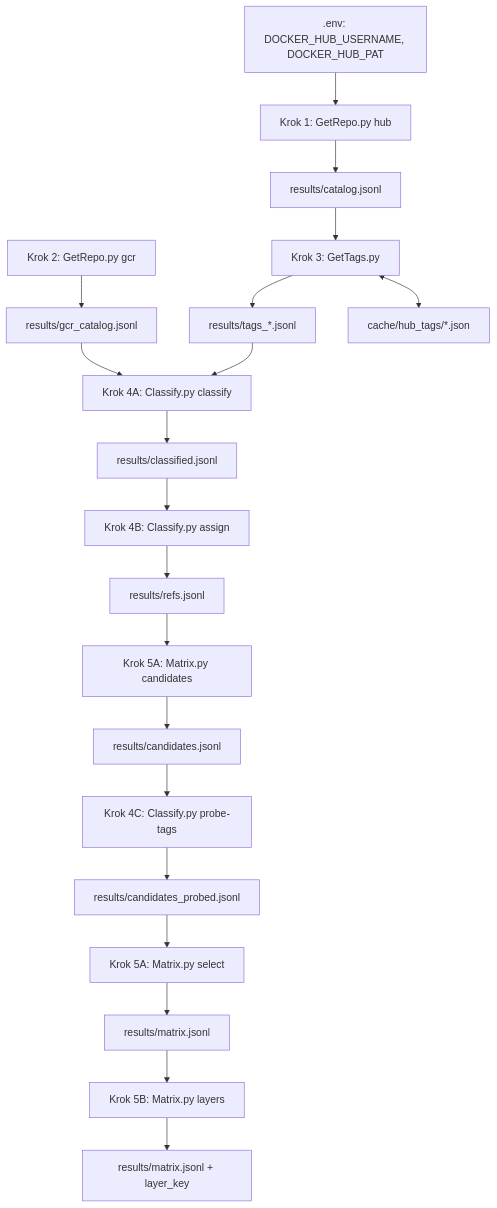
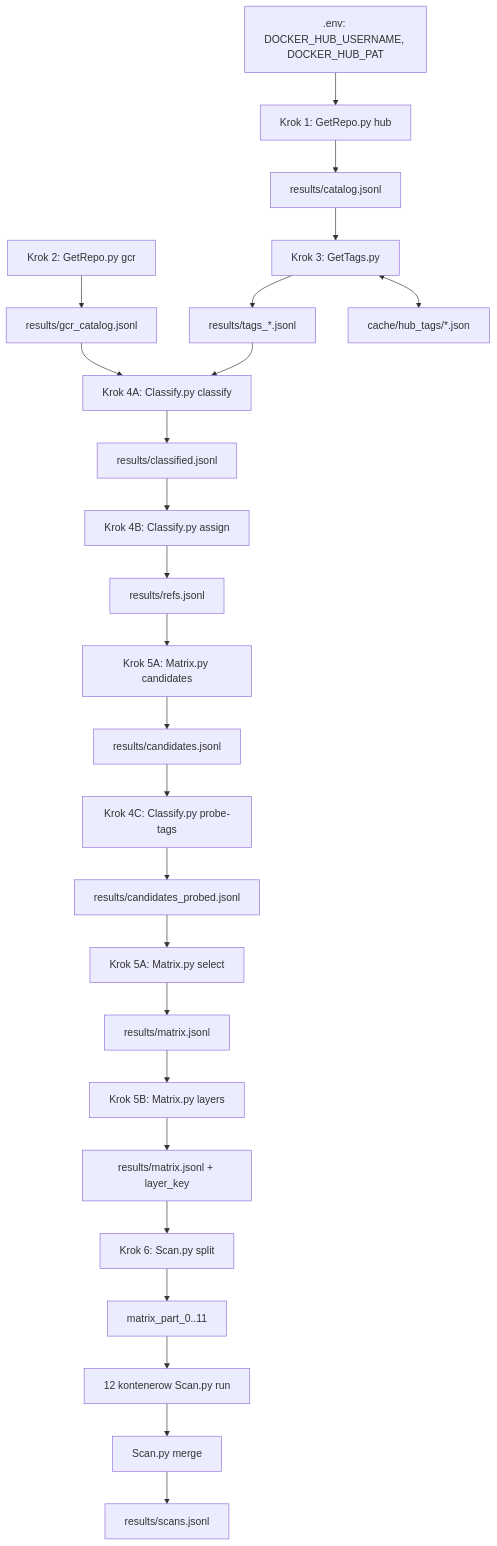
One commit to Sonic-kw/Container_Image_Analyzer changed the diagram in docs/KOD.md. Above: the diagram before and after it, drawn with Mermaid. The commit also changed other lines of this file, not shown here.

````diff
--- a/docs/KOD.md
+++ b/docs/KOD.md
@@ -35,22 +36,27 @@
 ```mermaid
 flowchart TD
   env[".env: DOCKER_HUB_USERNAME, DOCKER_HUB_PAT"] --> k1
   k1["Krok 1: GetRepo.py hub"] --> cat["results/catalog.jsonl"]
   k2["Krok 2: GetRepo.py gcr"] --> gcat["results/gcr_catalog.jsonl"]
   cat --> k3["Krok 3: GetTags.py"]
   k3 --> tags["results/tags_*.jsonl"]
   k3 <--> tcache["cache/hub_tags/*.json"]
   tags --> k4a["Krok 4A: Classify.py classify"]
   gcat --> k4a
   k4a --> cls["results/classified.jsonl"]
   cls --> k4b["Krok 4B: Classify.py assign"]
   k4b --> refs["results/refs.jsonl"]
   refs --> k5c["Krok 5A: Matrix.py candidates"]
   k5c --> cand["results/candidates.jsonl"]
   cand --> k4c["Krok 4C: Classify.py probe-tags"]
   k4c --> probed["results/candidates_probed.jsonl"]
   probed --> k5s["Krok 5A: Matrix.py select"]
   k5s --> matrix["results/matrix.jsonl"]
   matrix --> k5l["Krok 5B: Matrix.py layers"]
   k5l --> matrix2["results/matrix.jsonl + layer_key"]
+  matrix2 --> split["Krok 6: Scan.py split"]
+  split --> parts["matrix_part_0..11"]
+  parts --> workers["12 kontenerow Scan.py run"]
+  workers --> merge["Scan.py merge"]
+  merge --> scans["results/scans.jsonl"]
 ```
````
